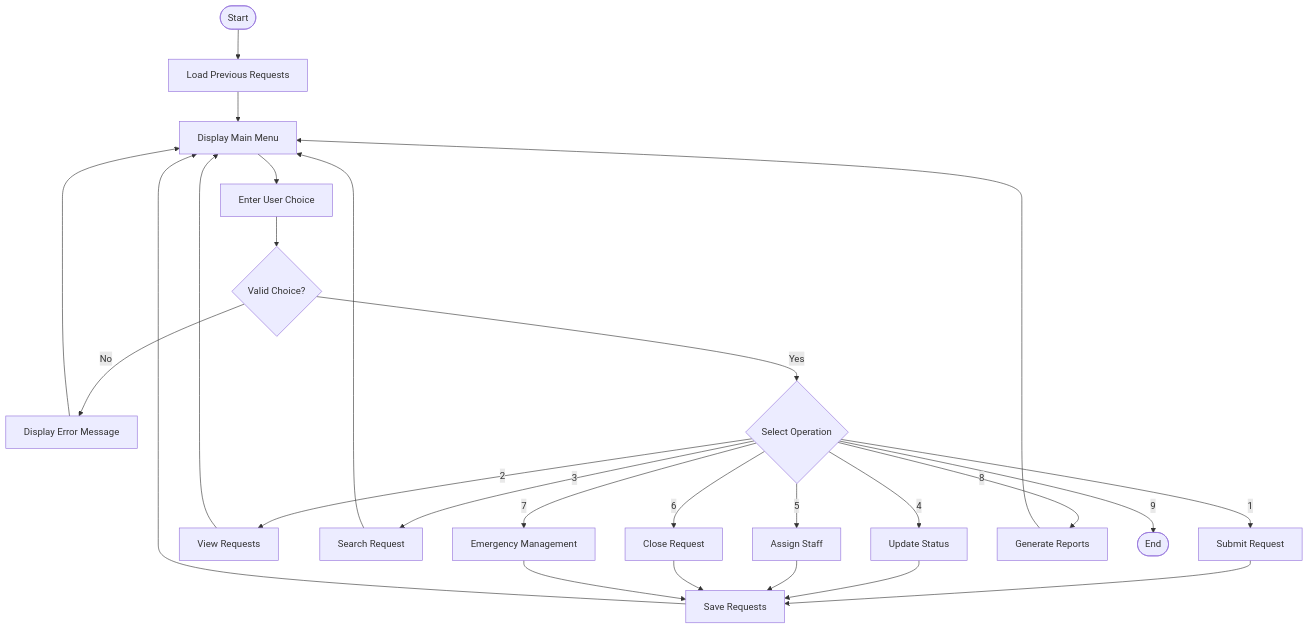
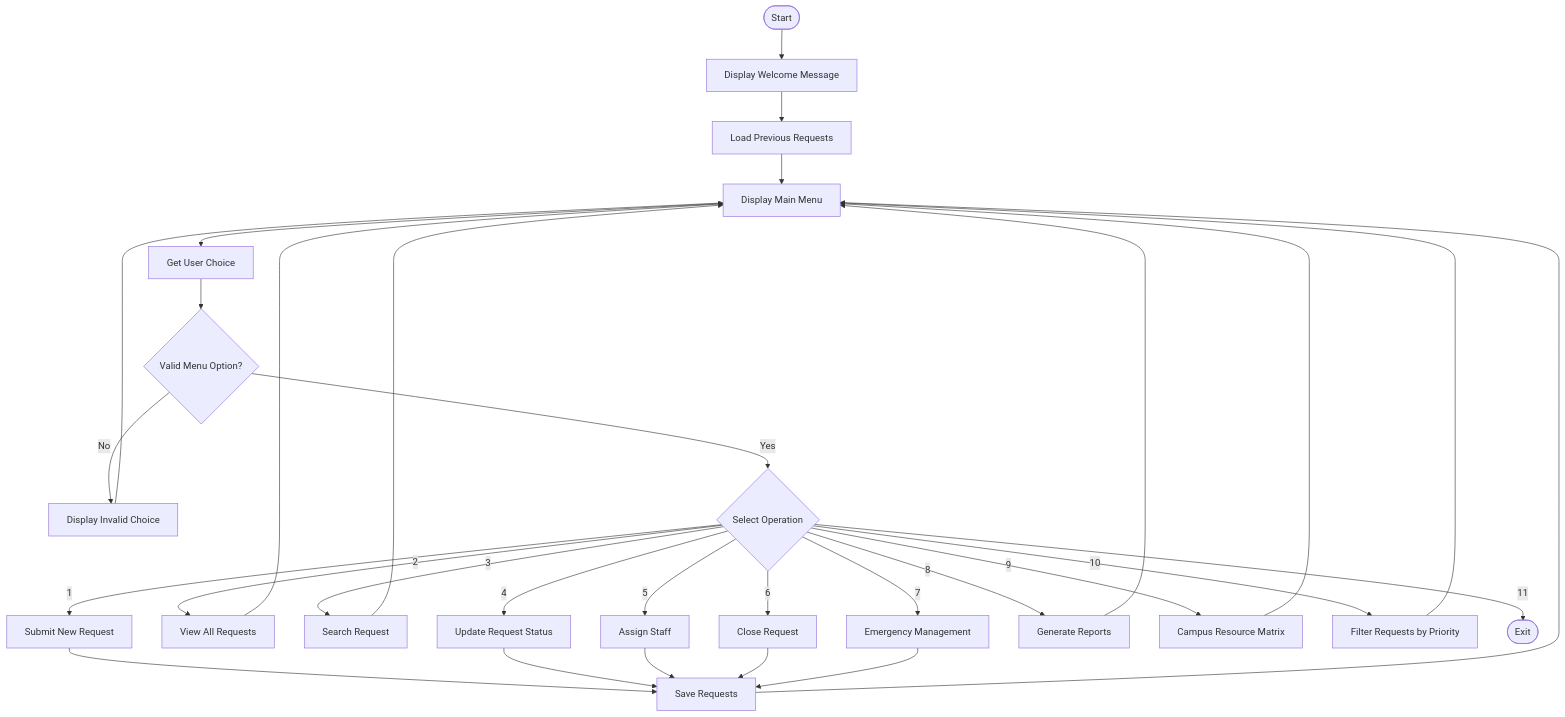
The diagram in docs/flowchart-and-pseudocode.md (ufruddeen266-sys/Smart-Campus-Management), drawn with Mermaid before and after one commit. The commit also changed other lines of this file, not shown here.

First line of the commit message:
Update flowchart and pseudocode for new features

````diff
--- a/docs/flowchart-and-pseudocode.md
+++ b/docs/flowchart-and-pseudocode.md
@@ -5,28 +6,37 @@
 ```mermaid
 flowchart TD
-    A([Start]) --> B[Load Previous Requests]
-    B --> C[Display Main Menu]
-    C --> D[Enter User Choice]
-    D --> E{Valid Choice?}
-    E -->|No| F[Display Error Message]
-    F --> C
-    E -->|Yes| G{Select Operation}
-    G -->|1| H[Submit Request]
-    G -->|2| I[View Requests]
-    G -->|3| J[Search Request]
-    G -->|4| K[Update Status]
-    G -->|5| L[Assign Staff]
-    G -->|6| M[Close Request]
-    G -->|7| N[Emergency Management]
-    G -->|8| O[Generate Reports]
-    H --> P[Save Requests]
-    I --> C
-    J --> C
-    K --> P
-    L --> P
-    M --> P
-    N --> P
-    P --> C
-    O --> C
-    G -->|9| Q([End])
+    A([Start]) --> B[Display Welcome Message]
+    B --> C[Load Previous Requests]
+    C --> D[Display Main Menu]
+    D --> E[Get User Choice]
+    E --> F{Valid Menu Option?}
+
+    F -->|No| G[Display Invalid Choice]
+    G --> D
+
+    F -->|Yes| H{Select Operation}
+
+    H -->|1| I[Submit New Request]
+    H -->|2| J[View All Requests]
+    H -->|3| K[Search Request]
+    H -->|4| L[Update Request Status]
+    H -->|5| M[Assign Staff]
+    H -->|6| N[Close Request]
+    H -->|7| O[Emergency Management]
+    H -->|8| P[Generate Reports]
+    H -->|9| Q[Campus Resource Matrix]
+    H -->|10| R[Filter Requests by Priority]
+    H -->|11| S([Exit])
+
+    I --> T[Save Requests]
+    J --> D
+    K --> D
+    L --> T
+    M --> T
+    N --> T
+    O --> T
+    P --> D
+    Q --> D
+    R --> D
+    T --> D
 ```
````
